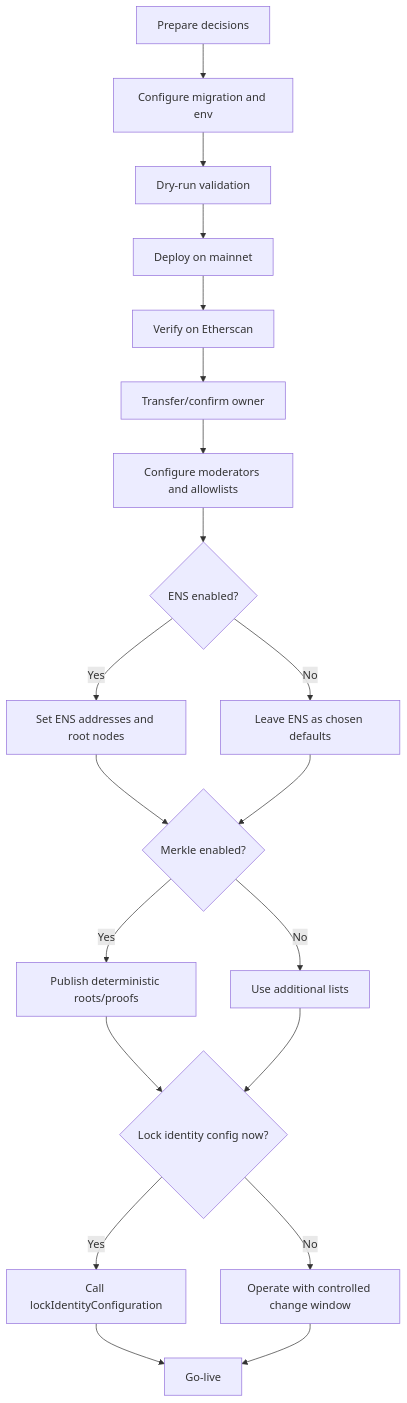
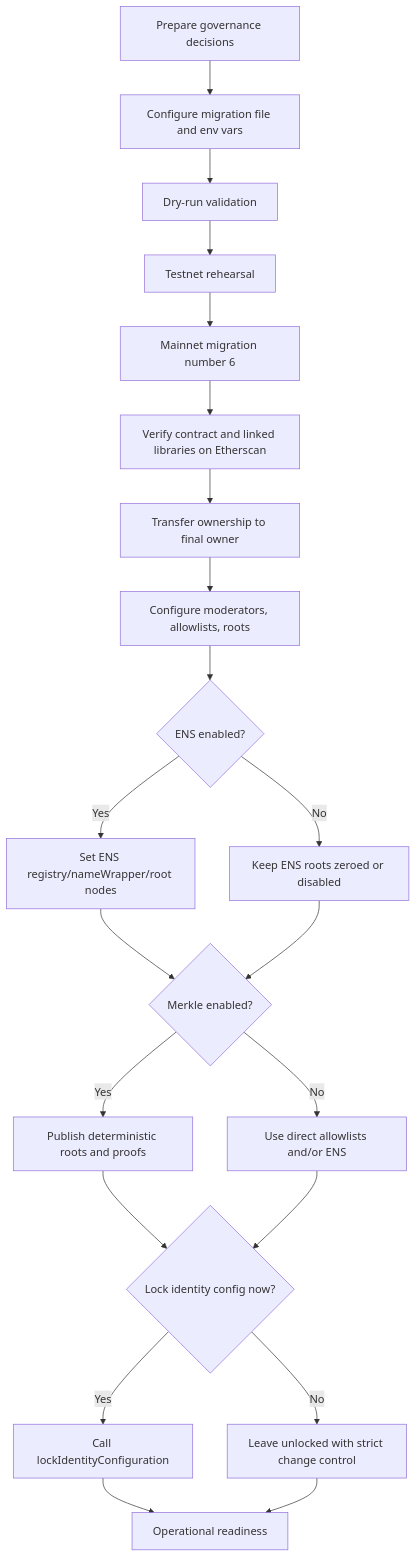
The first of 4 diagrams in docs/DEPLOYMENT/OWNER_MAINNET_DEPLOYMENT_AND_OPERATIONS_GUIDE.md (MontrealAI/AGIJobManager), drawn with Mermaid before and after one commit. The commit also changed other lines of this file and 1 other file, not shown here.

Commit message:
docs: add institutional owner mainnet deployment and operations guide

````diff
--- a/docs/DEPLOYMENT/OWNER_MAINNET_DEPLOYMENT_AND_OPERATIONS_GUIDE.md
+++ b/docs/DEPLOYMENT/OWNER_MAINNET_DEPLOYMENT_AND_OPERATIONS_GUIDE.md
@@ -65,22 +106,23 @@
 ```mermaid
 flowchart TD
-  A[Prepare decisions] --> B[Configure migration and env]
+  A[Prepare governance decisions] --> B[Configure migration file and env vars]
   B --> C[Dry-run validation]
-  C --> D[Deploy on mainnet]
-  D --> E[Verify on Etherscan]
-  E --> F[Transfer/confirm owner]
-  F --> G[Configure moderators and allowlists]
-  G --> H{ENS enabled?}
-  H -- Yes --> H1[Set ENS addresses and root nodes]
-  H -- No --> H2[Leave ENS as chosen defaults]
-  H1 --> I{Merkle enabled?}
-  H2 --> I
-  I -- Yes --> I1[Publish deterministic roots/proofs]
-  I -- No --> I2[Use additional lists]
-  I1 --> J{Lock identity config now?}
+  C --> D[Testnet rehearsal]
+  D --> E[Mainnet migration number 6]
+  E --> F[Verify contract and linked libraries on Etherscan]
+  F --> G[Transfer ownership to final owner]
+  G --> H[Configure moderators, allowlists, roots]
+  H --> I{ENS enabled?}
+  I -->|Yes| I1[Set ENS registry/nameWrapper/root nodes]
+  I -->|No| I2[Keep ENS roots zeroed or disabled]
+  I1 --> J{Merkle enabled?}
   I2 --> J
-  J -- Yes --> K[Call lockIdentityConfiguration]
-  J -- No --> L[Operate with controlled change window]
-  K --> M[Go-live]
-  L --> M
+  J -->|Yes| J1[Publish deterministic roots and proofs]
+  J -->|No| J2[Use direct allowlists and/or ENS]
+  J1 --> K{Lock identity config now?}
+  J2 --> K
+  K -->|Yes| K1[Call lockIdentityConfiguration]
+  K -->|No| K2[Leave unlocked with strict change control]
+  K1 --> L[Operational readiness]
+  K2 --> L
 ```
````
